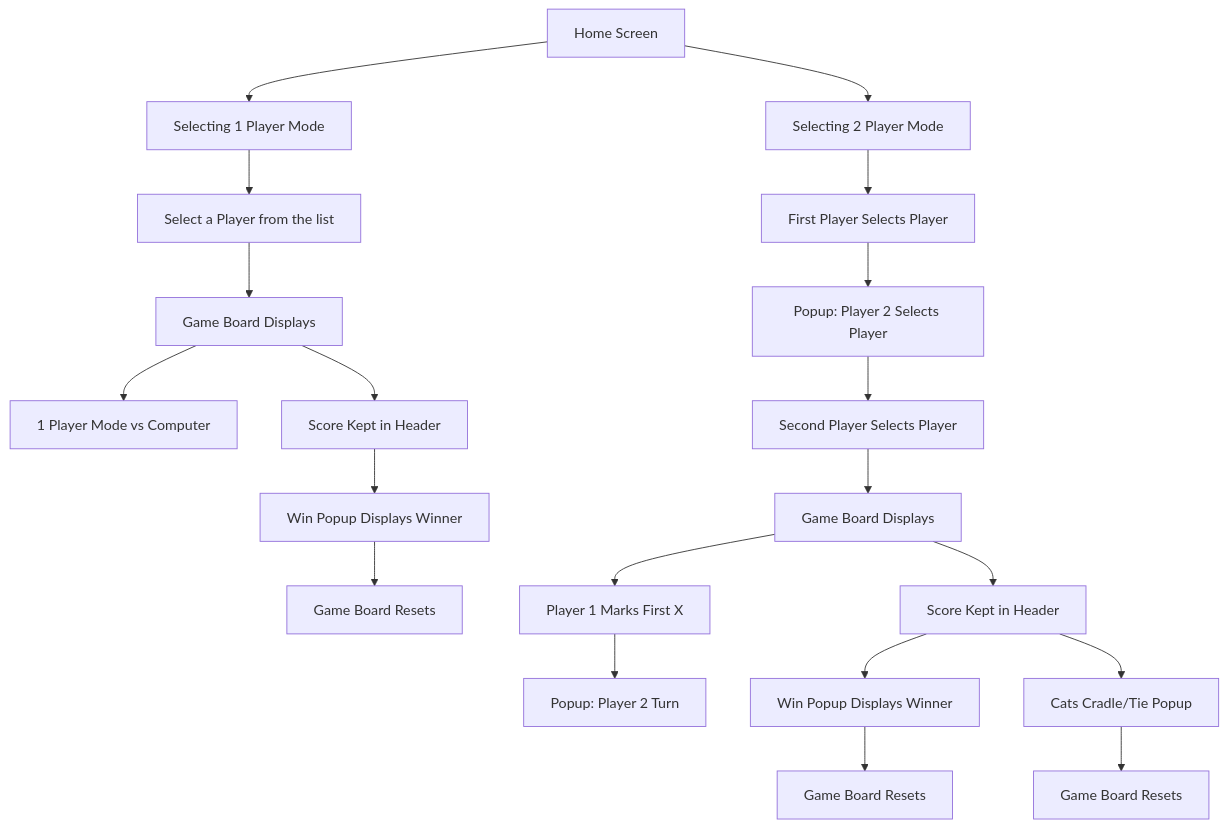
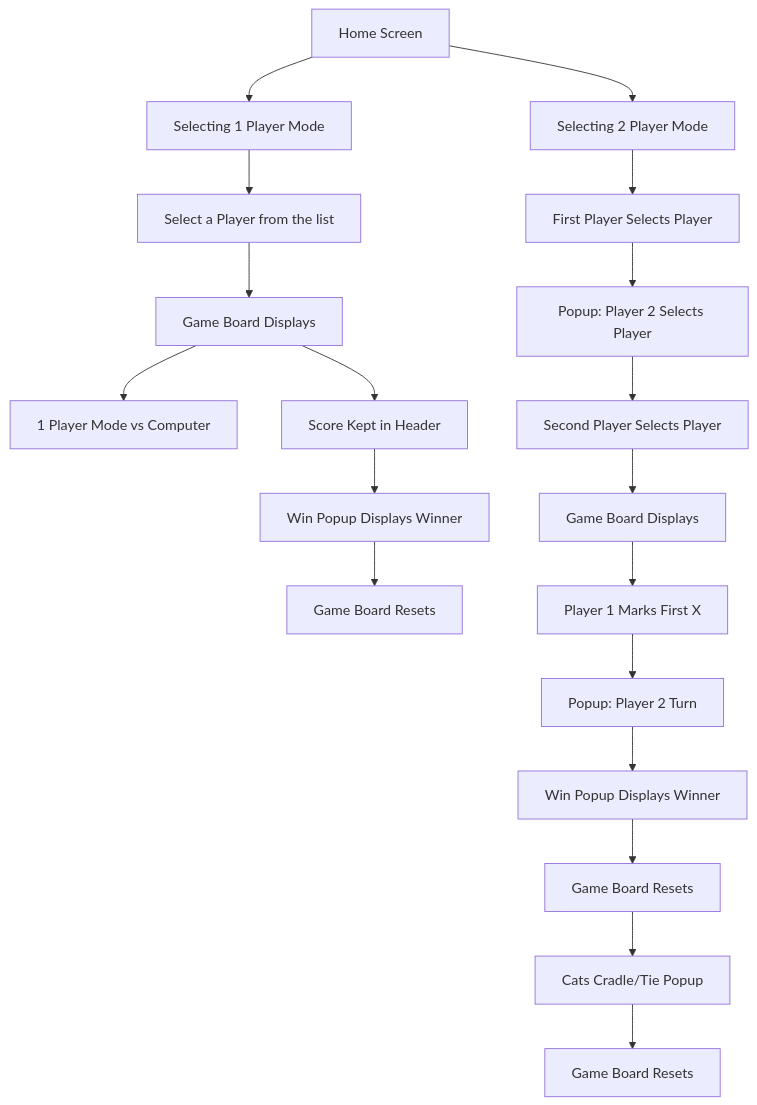
Before and after one commit to jfprogramming/tic-tac-toe: the second of 2 diagrams in README.md, drawn with Mermaid. The commit also changed other lines of this file, not shown here.

````diff
--- a/README.md
+++ b/README.md
@@ -59,23 +59,21 @@
 ```mermaid
 graph TD
     A[Home Screen] --> B[Selecting 1 Player Mode]
     B --> C[Select a Player from the list]
     C --> D[Game Board Displays]
     D --> E[1 Player Mode vs Computer]
     D --> F[Score Kept in Header]
     F --> G[Win Popup Displays Winner]
     G --> H[Game Board Resets]
-
     A --> I[Selecting 2 Player Mode]
     I --> J[First Player Selects Player]
     J --> K[Popup: Player 2 Selects Player]
     K --> L[Second Player Selects Player]
     L --> M[Game Board Displays]
     M --> N[Player 1 Marks First X]
     N --> O[Popup: Player 2 Turn]
-    M --> P[Score Kept in Header]
-    P --> Q[Win Popup Displays Winner]
-    Q --> R[Game Board Resets]
-    P --> S[Cats Cradle/Tie Popup]
-    S --> T[Game Board Resets]
+    O --> P[Win Popup Displays Winner]
+    P --> Q[Game Board Resets]
+    Q --> R[Cats Cradle/Tie Popup]
+    R --> S[Game Board Resets]
 ```
````
